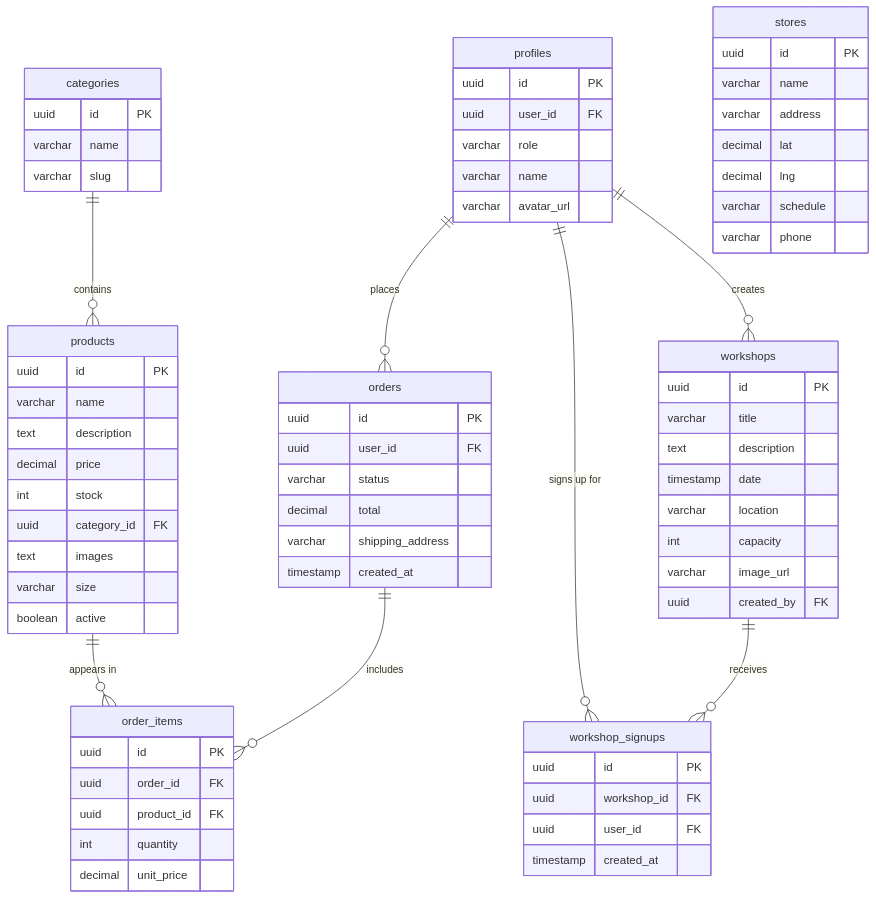
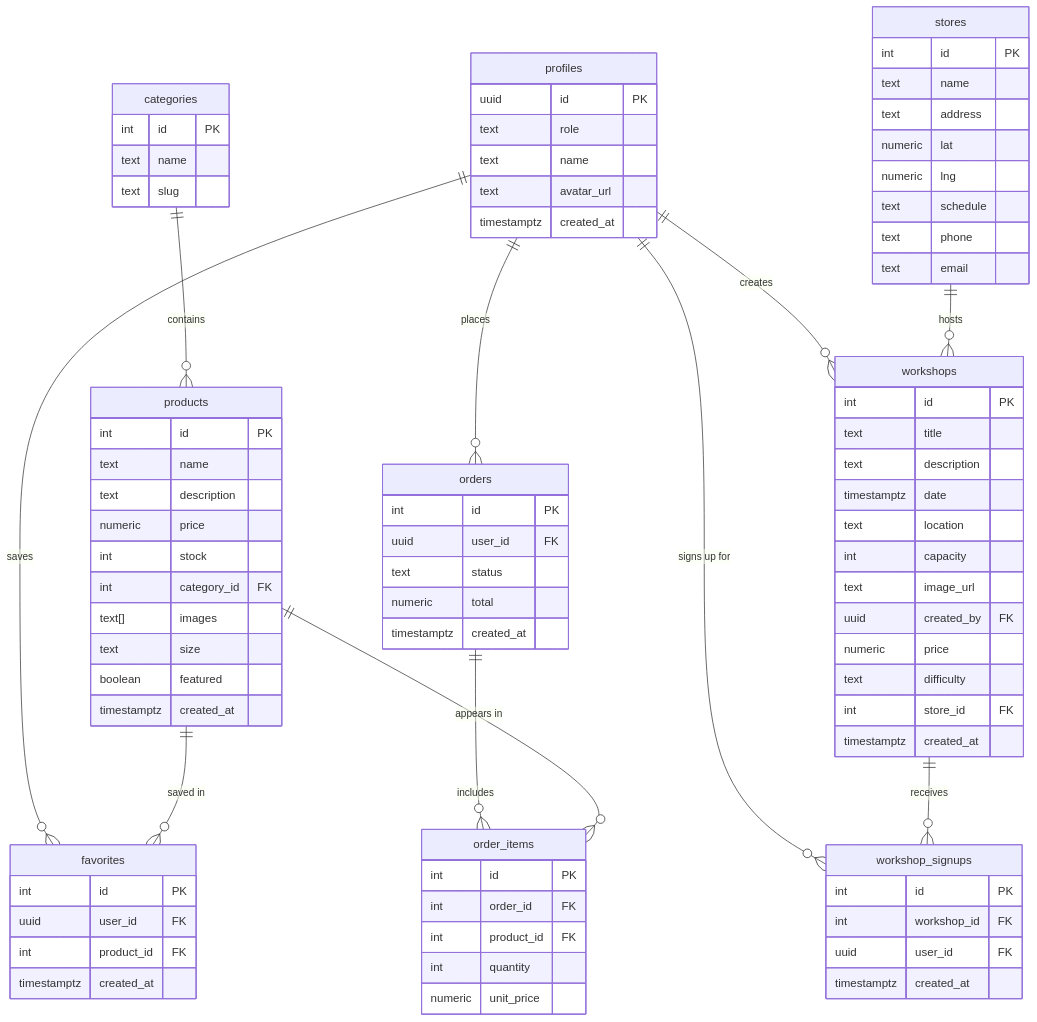
The second of 8 diagrams in DIAGRAMS.md (isahun/winter-garden), drawn with Mermaid before and after one commit. The commit also changed other lines of this file, not shown here.

Commit message:
docs(diagrams): fix architecture, ER, admin flow and auth sequence to match real implementation

````diff
--- a/DIAGRAMS.md
+++ b/DIAGRAMS.md
@@ -56,73 +59,87 @@
 erDiagram
     profiles {
         uuid id PK
-        uuid user_id FK
-        varchar role
-        varchar name
-        varchar avatar_url
+        text role
+        text name
+        text avatar_url
+        timestamptz created_at
     }
     categories {
-        uuid id PK
-        varchar name
-        varchar slug
+        int id PK
+        text name
+        text slug
     }
     products {
-        uuid id PK
-        varchar name
+        int id PK
+        text name
         text description
-        decimal price
+        numeric price
         int stock
-        uuid category_id FK
-        text images
-        varchar size
-        boolean active
+        int category_id FK
+        text[] images
+        text size
+        boolean featured
+        timestamptz created_at
     }
     orders {
-        uuid id PK
+        int id PK
         uuid user_id FK
-        varchar status
-        decimal total
-        varchar shipping_address
-        timestamp created_at
+        text status
+        numeric total
+        timestamptz created_at
     }
     order_items {
-        uuid id PK
-        uuid order_id FK
-        uuid product_id FK
+        int id PK
+        int order_id FK
+        int product_id FK
         int quantity
-        decimal unit_price
+        numeric unit_price
     }
     workshops {
-        uuid id PK
-        varchar title
+        int id PK
+        text title
         text description
-        timestamp date
-        varchar location
+        timestamptz date
+        text location
         int capacity
-        varchar image_url
+        text image_url
         uuid created_by FK
+        numeric price
+        text difficulty
+        int store_id FK
+        timestamptz created_at
     }
     workshop_signups {
-        uuid id PK
-        uuid workshop_id FK
+        int id PK
+        int workshop_id FK
         uuid user_id FK
-        timestamp created_at
+        timestamptz created_at
     }
     stores {
-        uuid id PK
-        varchar name
-        varchar address
-        decimal lat
-        decimal lng
-        varchar schedule
-        varchar phone
+        int id PK
+        text name
+        text address
+        numeric lat
+        numeric lng
+        text schedule
+        text phone
+        text email
+    }
+    favorites {
+        int id PK
+        uuid user_id FK
+        int product_id FK
+        timestamptz created_at
     }
 
     profiles ||--o{ orders : "places"
     profiles ||--o{ workshop_signups : "signs up for"
     profiles ||--o{ workshops : "creates"
+    profiles ||--o{ favorites : "saves"
     categories ||--o{ products : "contains"
     orders ||--o{ order_items : "includes"
     products ||--o{ order_items : "appears in"
+    products ||--o{ favorites : "saved in"
     workshops ||--o{ workshop_signups : "receives"
+    stores ||--o{ workshops : "hosts"
 ```
````
